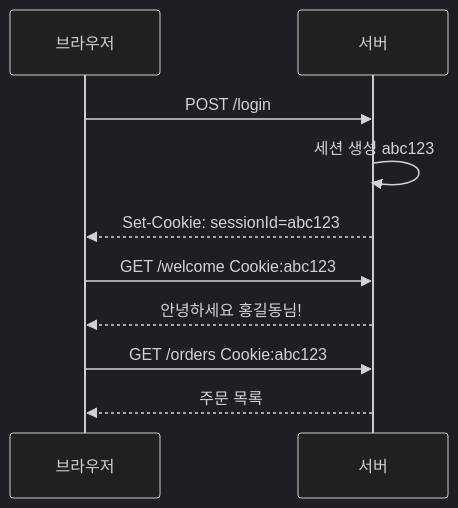
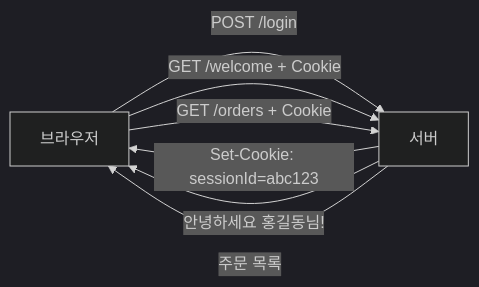
Before and after one commit to yjkim2015/yjkim2015.github.io: the fourth of 6 diagrams in _posts/http/2021-01-31-http-7.md, drawn with Mermaid (dark theme). The commit also changed other lines of this file and 9 other files, not shown here.

````diff
--- a/_posts/http/2021-01-31-http-7.md
+++ b/_posts/http/2021-01-31-http-7.md
@@ -120,12 +114,9 @@
 ```mermaid
-sequenceDiagram
-    participant U as 브라우저
-    participant S as 서버
-    U->>S: POST /login
-    S->>S: 세션 생성 abc123
-    S-->>U: Set-Cookie: sessionId=abc123
-    U->>S: GET /welcome Cookie:abc123
-    S-->>U: 안녕하세요 홍길동님!
-    U->>S: GET /orders Cookie:abc123
-    S-->>U: 주문 목록
+graph LR
+    U["브라우저"] -->|"POST /login"| S["서버"]
+    S -->|"Set-Cookie: sessionId=abc123"| U
+    U -->|"GET /welcome + Cookie"| S
+    S -->|"안녕하세요 홍길동님!"| U
+    U -->|"GET /orders + Cookie"| S
+    S -->|"주문 목록"| U
 ```
````
